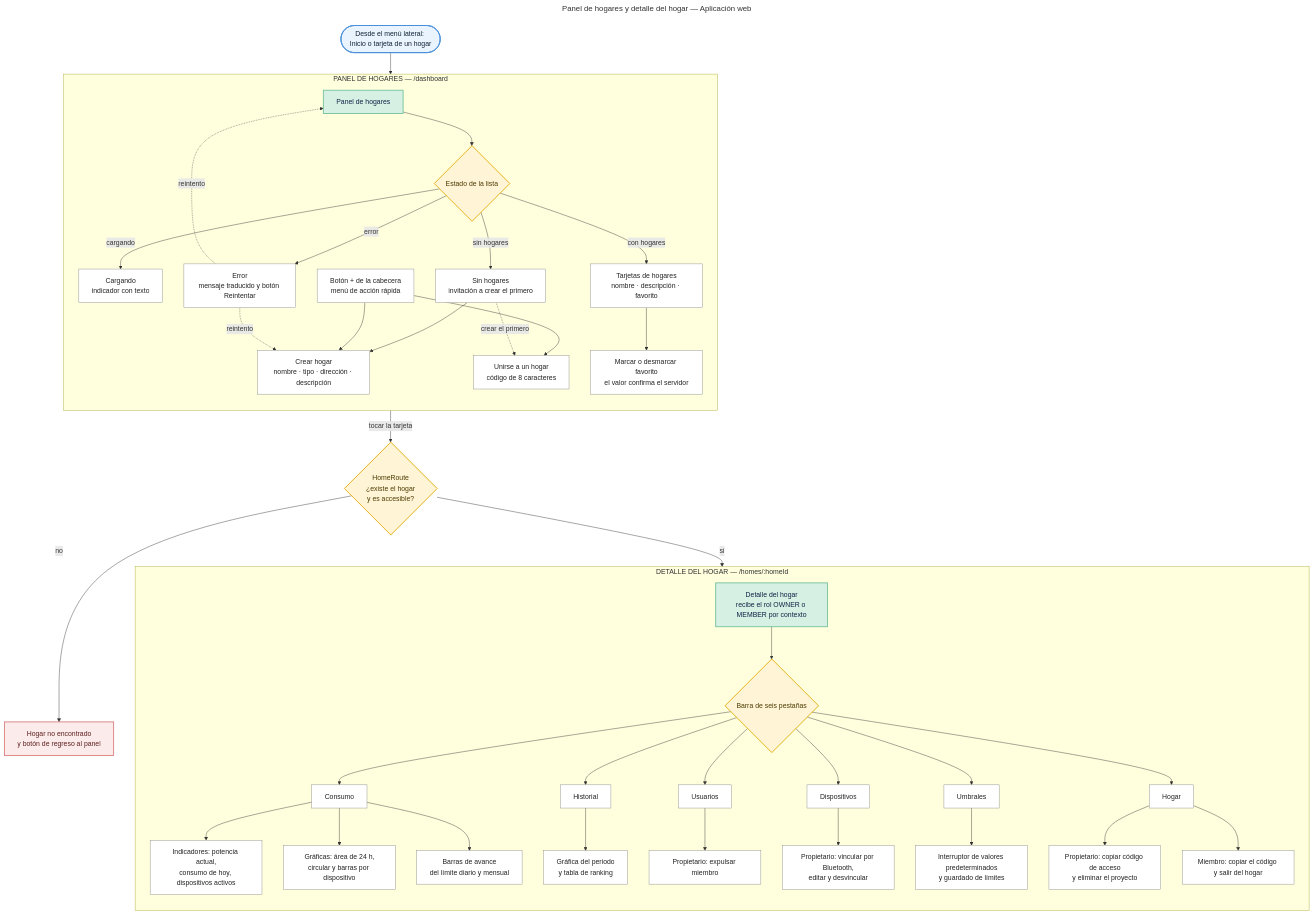
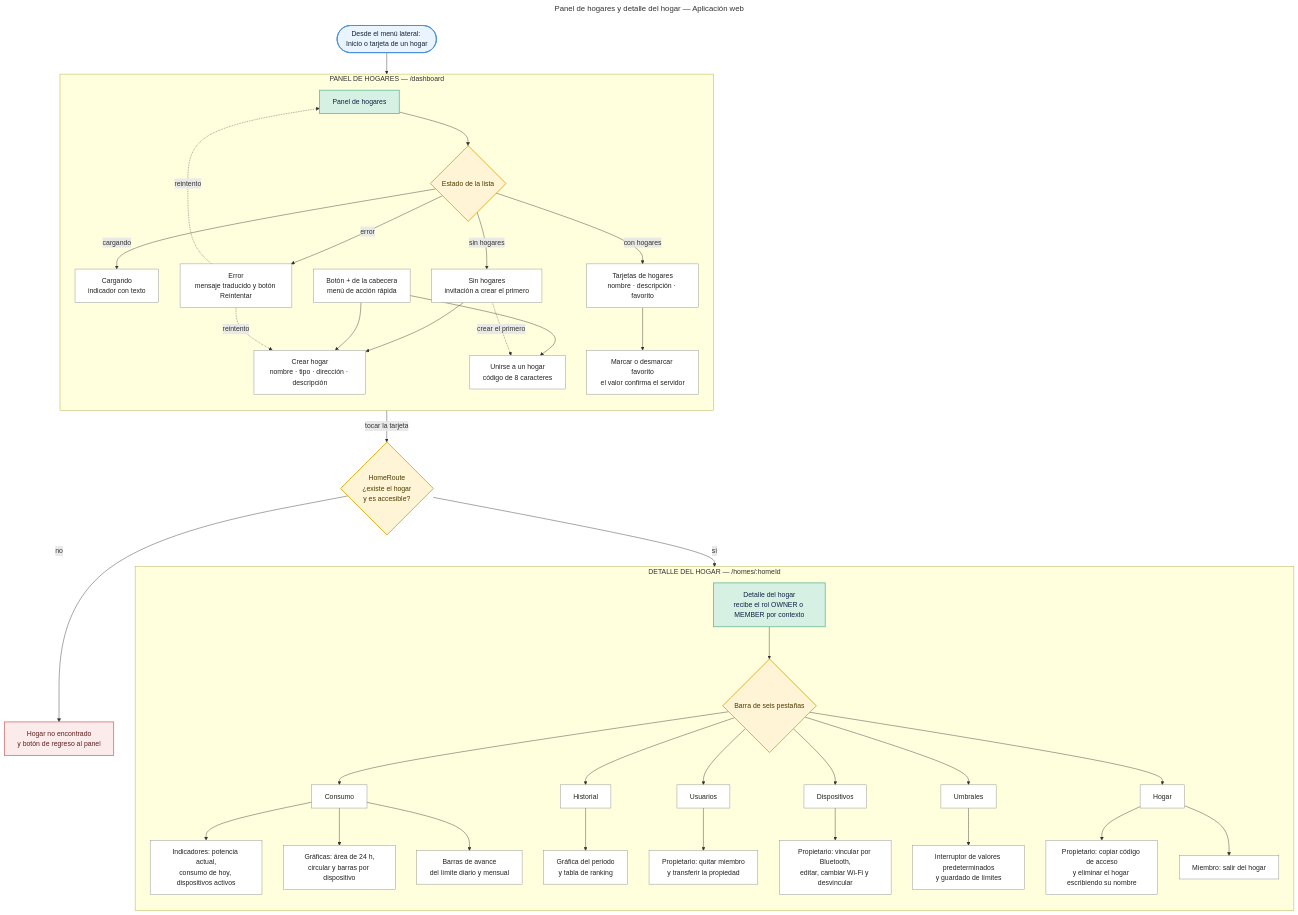
Before and after one commit to Juan-Cortes2045/energy-monitor-docs-final: the second of 4 diagrams in 03-analisis-software/ES/navegacion/mapa-navegacion-web.md, drawn with Mermaid. The commit also changed other lines of this file and 7 other files, not shown here.

```diff
--- a/03-analisis-software/ES/navegacion/mapa-navegacion-web.md
+++ b/03-analisis-software/ES/navegacion/mapa-navegacion-web.md
@@ -155,11 +161,11 @@
     TCG2["Gráficas: área de 24 h,<br/>circular y barras por dispositivo"]
     TCL["Barras de avance<br/>del límite diario y mensual"]
     THG["Gráfica del periodo<br/>y tabla de ranking"]
-    TUO["Propietario: expulsar miembro"]
-    TDO["Propietario: vincular por Bluetooth,<br/>editar y desvincular"]
+    TUO["Propietario: quitar miembro<br/>y transferir la propiedad"]
+    TDO["Propietario: vincular por Bluetooth,<br/>editar, cambiar Wi-Fi y desvincular"]
     TTS["Interruptor de valores predeterminados<br/>y guardado de límites"]
-    THP["Propietario: copiar código de acceso<br/>y eliminar el proyecto"]
-    THM["Miembro: copiar el código y salir del hogar"]
+    THP["Propietario: copiar código de acceso<br/>y eliminar el hogar escribiendo su nombre"]
+    THM["Miembro: salir del hogar"]
 
     TC --> TCG
     TC --> TCG2
```
